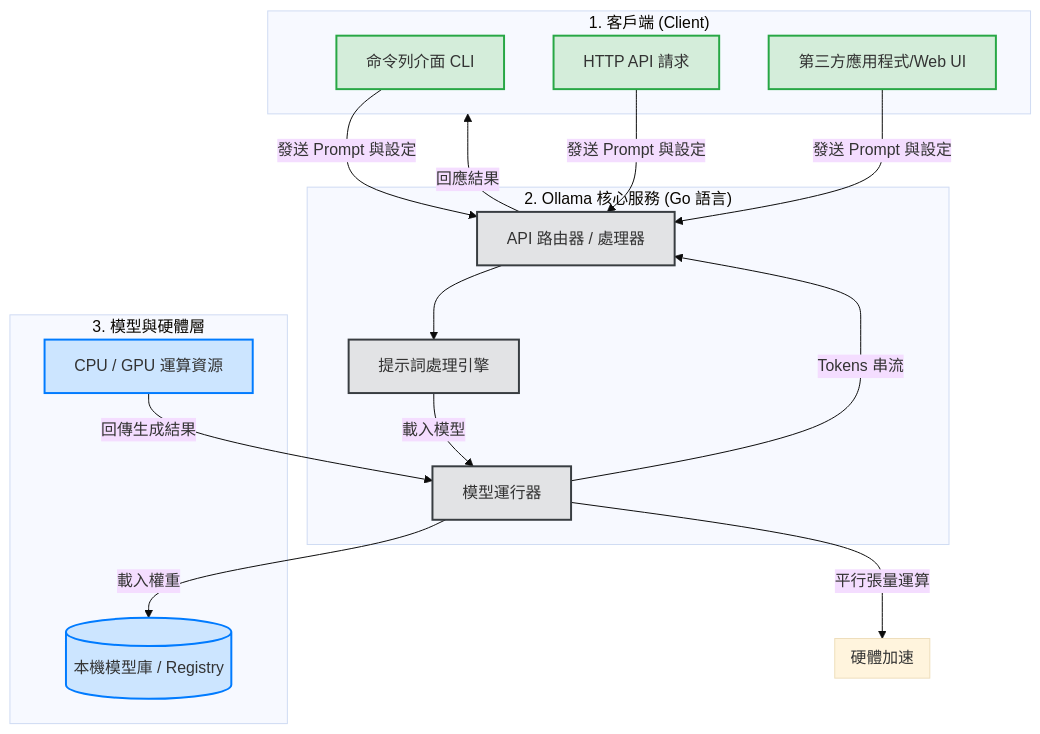
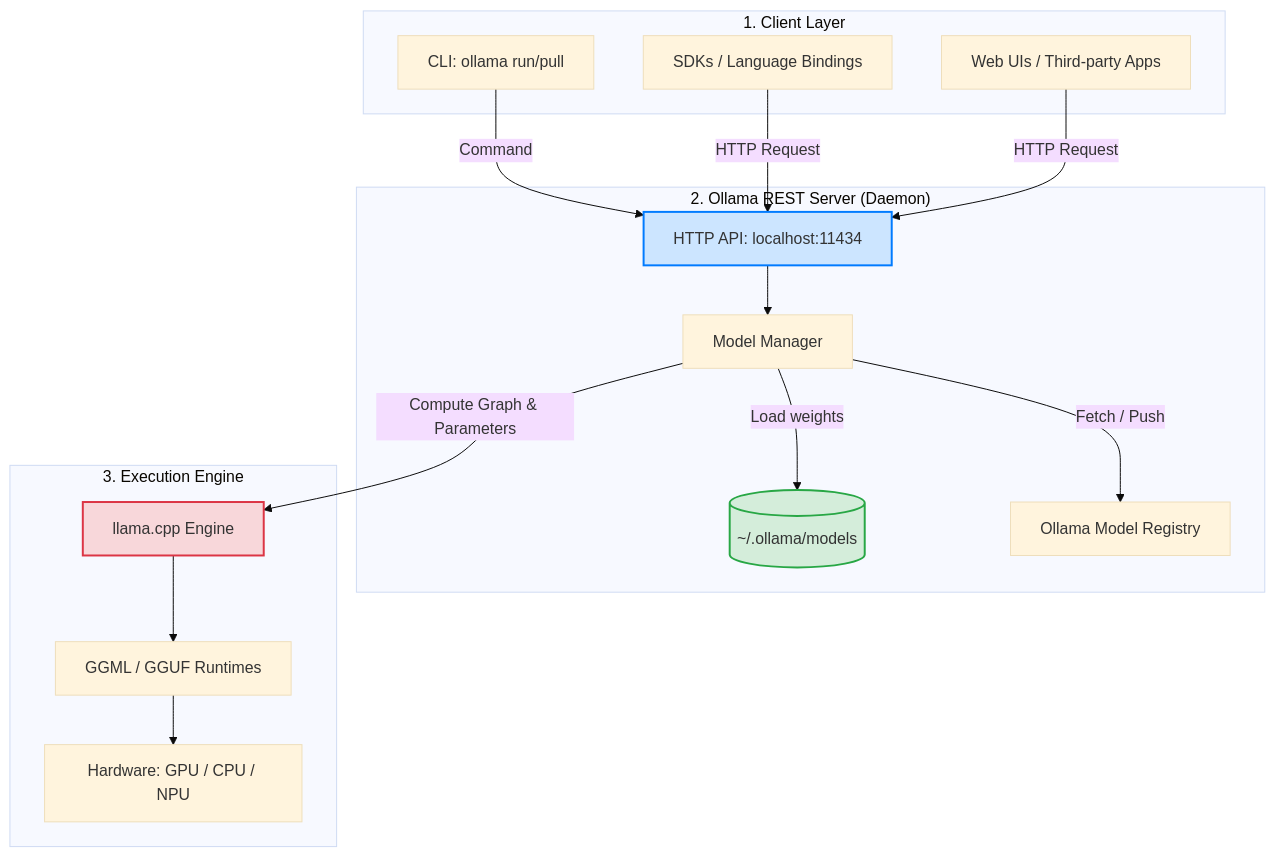
Before and after one commit to dengkai-shih/learn-notes: the second of 2 diagrams in 02-ai/ollama/01-ollama-docker.md, drawn with Mermaid (base theme). The commit also changed other lines of this file and 2 other files, not shown here.

Commit message:
2026-06-20 mermaid chart

````diff
--- a/02-ai/ollama/01-ollama-docker.md
+++ b/02-ai/ollama/01-ollama-docker.md
@@ -253,42 +246,37 @@
 ```mermaid
-%%Ollama 語言模型介面
 graph TD
-    %% 樣式設定
-    classDef client fill:#d4edda,stroke:#28a745,stroke-width:2px;
-    classDef ollama fill:#e2e3e5,stroke:#383d41,stroke-width:2px;
-    classDef model fill:#cce5ff,stroke:#007bff,stroke-width:2px;
-
-    %% 客戶端層
-    subgraph ClientLayer ["1. 客戶端 (Client)"]
-        CLI[命令列介面 CLI]:::client
-        API[HTTP API 請求]:::client
-        App[第三方應用程式/Web UI]:::client
+    subgraph Clients["1. Client Layer"]
+        CLI[CLI: ollama run/pull]
+        SDK[SDKs / Language Bindings]
+        GUI[Web UIs / Third-party Apps]
     end
 
-    %% Ollama 核心服務層
-    subgraph OllamaServer ["2. Ollama 核心服務 (Go 語言)"]
-        Router[API 路由器 / 處理器]:::ollama
-        PromptEngine[提示詞處理引擎]:::ollama
-        Runner[模型運行器]:::ollama
+    subgraph Server["2. Ollama REST Server (Daemon)"]
+        API[HTTP API: localhost:11434]
+        MD[Model Manager]
+        MODELS[(~/.ollama/models)]
+        REGISTRY[Ollama Model Registry]
     end
 
-    %% 儲存與模型層
-    subgraph ModelLayer ["3. 模型與硬體層"]
-        ModelStorage[(本機模型庫 / Registry)]:::model
-        CPUGPU[CPU / GPU 運算資源]:::model
+    subgraph Inference["3. Execution Engine"]
+        CPP[llama.cpp Engine]
+        GGML[GGML / GGUF Runtimes]
+        HW[Hardware: GPU / CPU / NPU]
     end
 
-    %% 流程連線
-    CLI & API & App -->|發送 Prompt 與設定| Router
-    Router --> PromptEngine
-    PromptEngine -->|載入模型| Runner
-    Runner -->|載入權重| ModelStorage
-    Runner -->|平行張量運算| CPUGPUSub
-    CPUGPU -->|回傳生成結果| Runner
-    Runner -->|Tokens 串流| Router
-    Router -->|回應結果| ClientLayer
+    CLI -->|Command| API
+    SDK -->|HTTP Request| API
+    GUI -->|HTTP Request| API
 
-    subgraph CPUGPUSub ["硬體加速"]
-        CPUGPU
-    end
+    API --> MD
+    MD -->|Fetch / Push| REGISTRY
+    MD -->|Load weights| MODELS
+    MD -->|Compute Graph & Parameters| CPP
+
+    CPP --> GGML
+    GGML --> HW
+
+    style MODELS fill:#d4edda,stroke:#28a745,stroke-width:2px
+    style CPP fill:#f8d7da,stroke:#dc3545,stroke-width:2px
+    style API fill:#cce5ff,stroke:#007bff,stroke-width:2px
 ```
````
